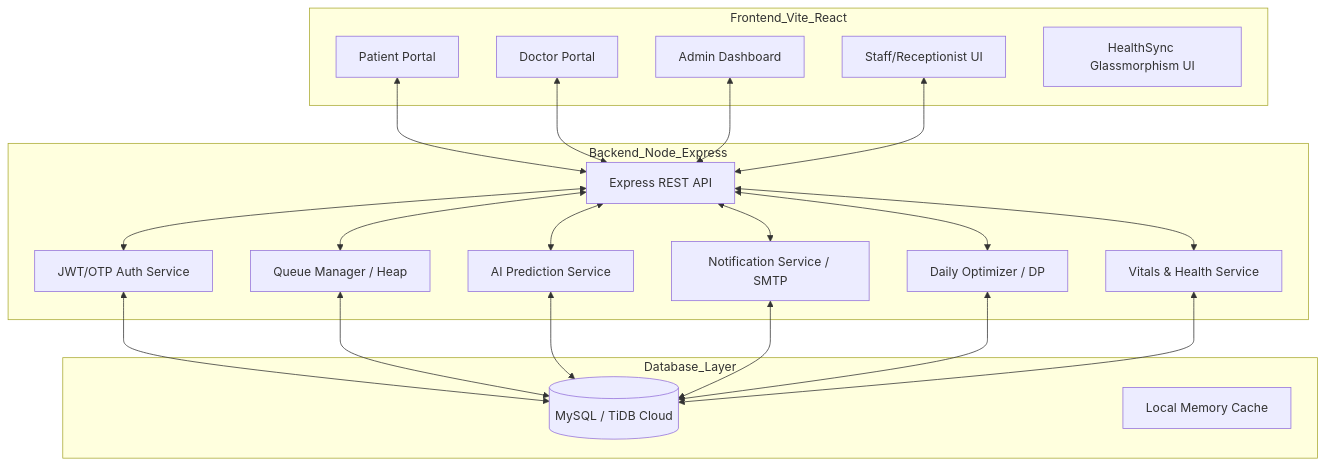
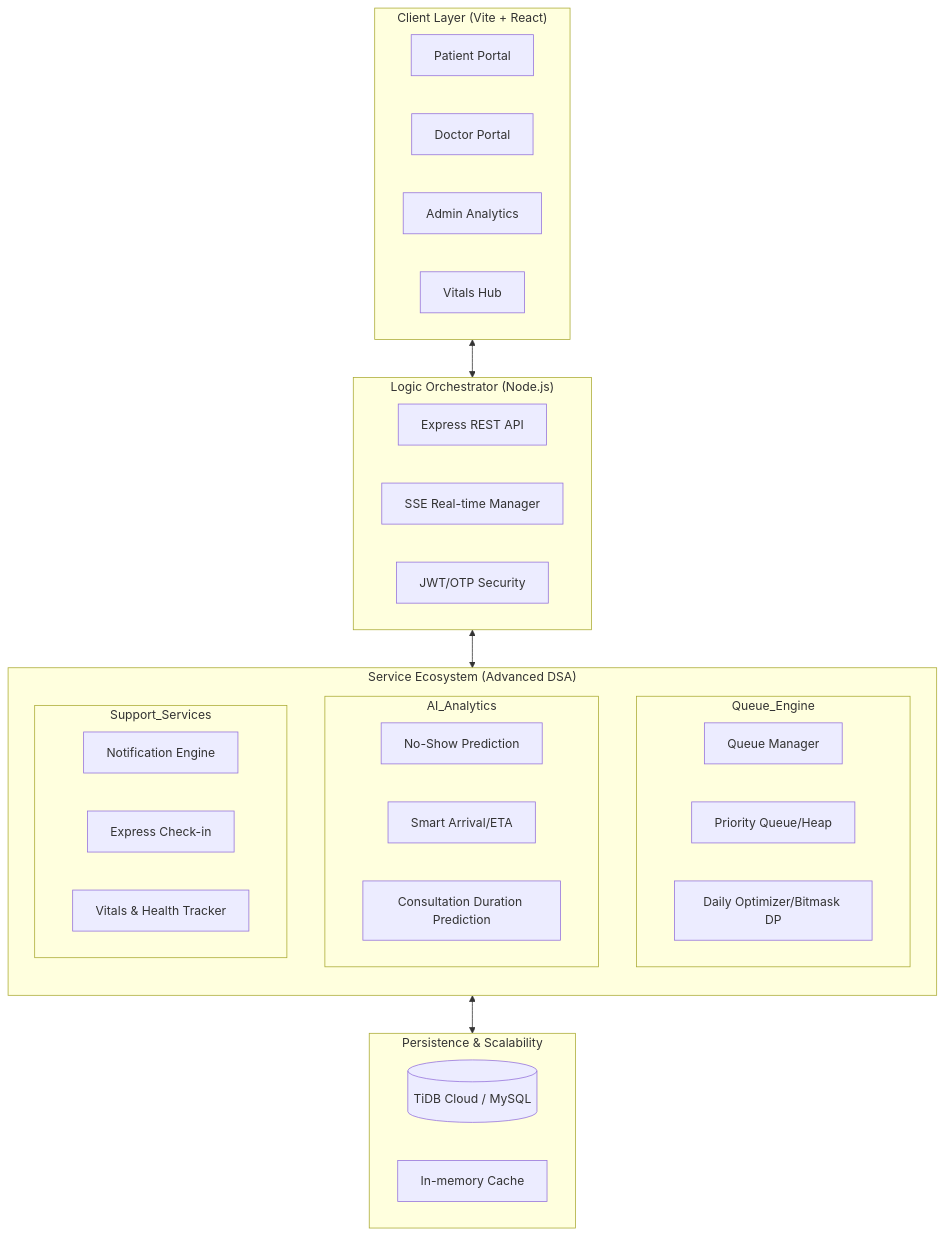
The first of 2 diagrams in README.md (archittmittal/Patient-Appointment-Scheduling-System), drawn with Mermaid before and after one commit. The commit also changed other lines of this file and 2 other files, not shown here.

Commit message:
docs: enhance README with detailed architecture diagrams and service inventory

````diff
--- a/README.md
+++ b/README.md
@@ -57,44 +20,44 @@
 ```mermaid
-graph TD
-    subgraph Frontend_Vite_React
+graph TB
+    subgraph Client_Layer["Client Layer (Vite + React)"]
+        direction LR
         P[Patient Portal]
         D[Doctor Portal]
-        A[Admin Dashboard]
-        R[Staff/Receptionist UI]
-        Theme[HealthSync Glassmorphism UI]
+        A[Admin Analytics]
+        V[Vitals Hub]
     end
 
-    subgraph Backend_Node_Express
+    subgraph Logic_Orchestrator["Logic Orchestrator (Node.js)"]
         API[Express REST API]
-        Auth[JWT/OTP Auth Service]
-        Queue[Queue Manager / Heap]
-        Predict[AI Prediction Service]
-        Notify[Notification Service / SMTP]
-        Opt[Daily Optimizer / DP]
-        Vitals[Vitals & Health Service]
+        SSE[SSE Real-time Manager]
+        Auth[JWT/OTP Security]
     end
 
-    subgraph Database_Layer
-        DB[(MySQL / TiDB Cloud)]
-        Cache[Local Memory Cache]
+    subgraph Service_Ecosystem["Service Ecosystem (Advanced DSA)"]
+        direction TB
+        subgraph Queue_Engine
+            QM[Queue Manager]
+            PQ[Priority Queue/Heap]
+            LO[Daily Optimizer/Bitmask DP]
+        end
+        subgraph AI_Analytics
+            PS[No-Show Prediction]
+            SA[Smart Arrival/ETA]
+            DP[Consultation Duration Prediction]
+        end
+        subgraph Support_Services
+            NS[Notification Engine]
+            ES[Express Check-in]
+            VS[Vitals & Health Tracker]
+        end
     end
 
-    P <--> API
-    D <--> API
-    A <--> API
-    R <--> API
+    subgraph Persistence["Persistence & Scalability"]
+        DB[(TiDB Cloud / MySQL)]
+        Cache[In-memory Cache]
+    end
 
-    API <--> Auth
-    API <--> Queue
-    API <--> Predict
-    API <--> Notify
-    API <--> Opt
-    API <--> Vitals
-
-    Auth <--> DB
-    Queue <--> DB
-    Predict <--> DB
-    Notify <--> DB
-    Opt <--> DB
-    Vitals <--> DB
+    Client_Layer <--> Logic_Orchestrator
+    Logic_Orchestrator <--> Service_Ecosystem
+    Service_Ecosystem <--> Persistence
 ```
````
